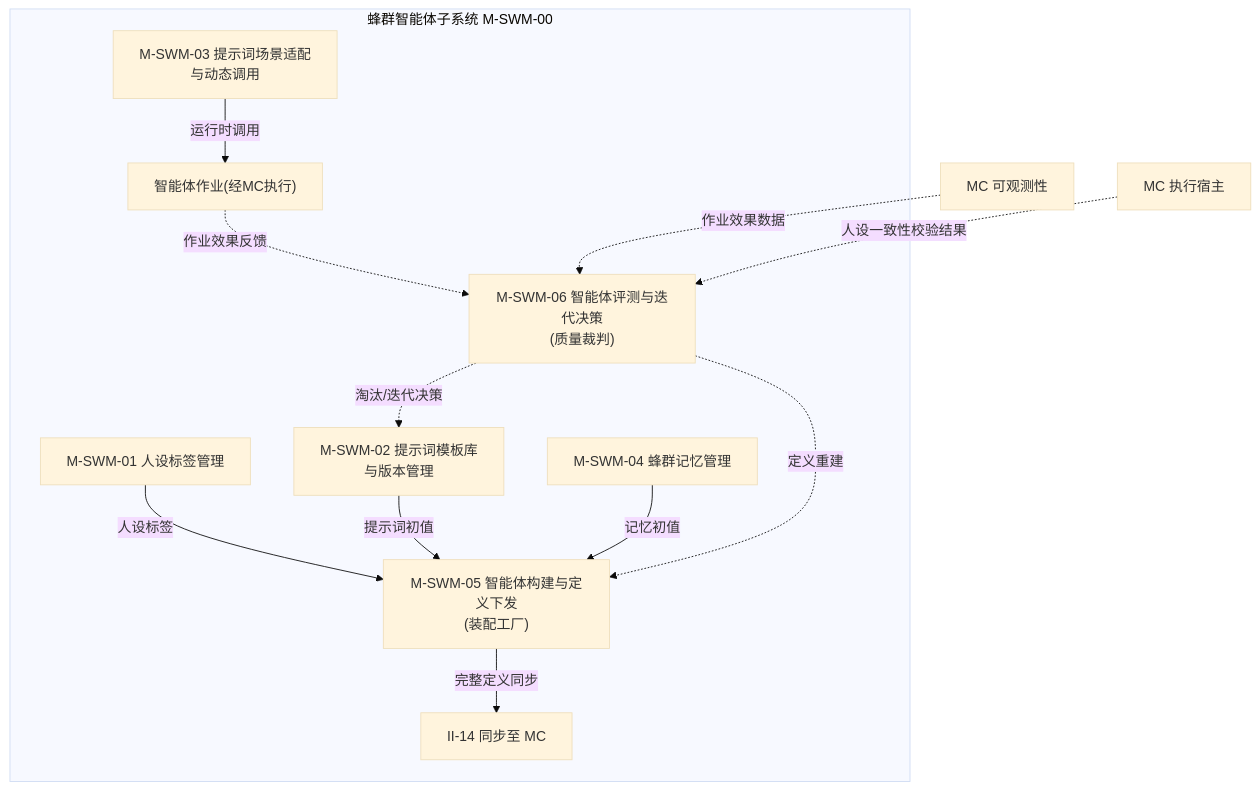
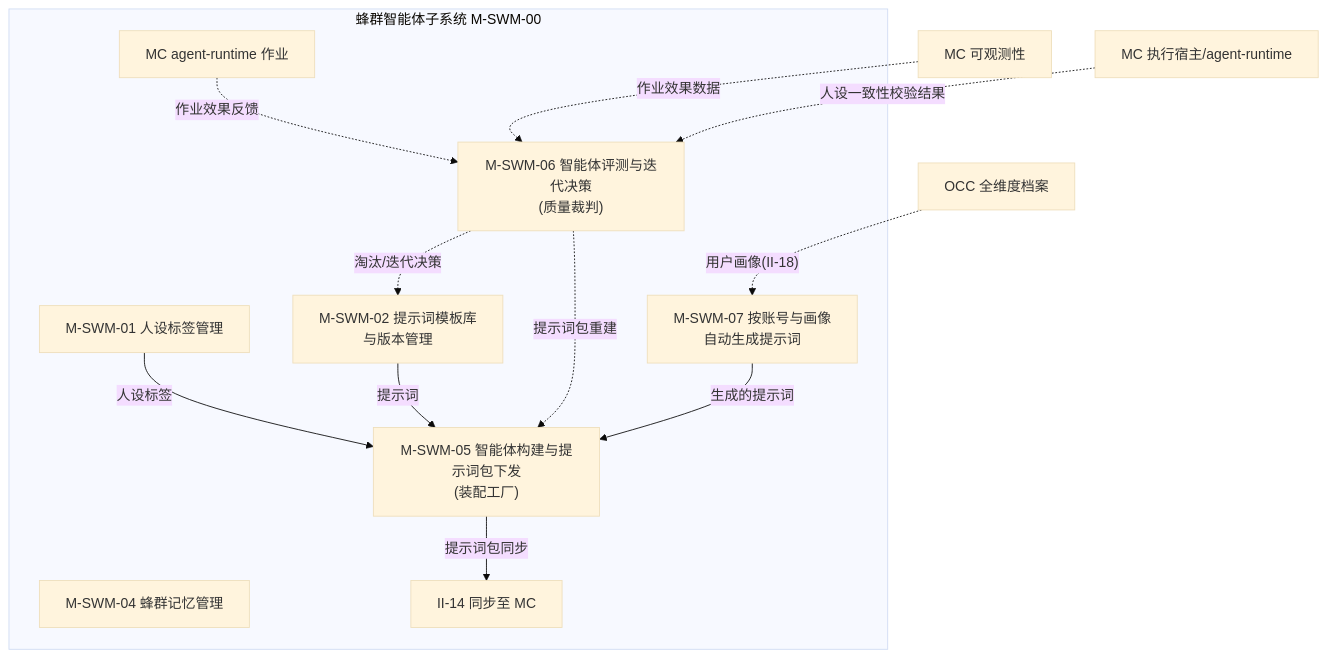
One commit to Sj-g/obsidian changed diagram 22 of 48 in 公司项目/认知作战/文档/软件概要设计-架构图.md. Above: the diagram before and after it, drawn with Mermaid (base theme). The commit also changed other lines of this file and 3 other files, not shown here.

````diff
--- a/公司项目/认知作战/文档/软件概要设计-架构图.md
+++ b/公司项目/认知作战/文档/软件概要设计-架构图.md
@@ -440,24 +441,24 @@
 ```mermaid
 flowchart TB
     subgraph SWM["蜂群智能体子系统 M-SWM-00"]
         SWM1["M-SWM-01 人设标签管理"]
         SWM2["M-SWM-02 提示词模板库<br/>与版本管理"]
-        SWM3["M-SWM-03 提示词场景适配<br/>与动态调用"]
         SWM4["M-SWM-04 蜂群记忆管理"]
-        SWM5["M-SWM-05 智能体构建与定义下发<br/>(装配工厂)"]
+        SWM5["M-SWM-05 智能体构建与提示词包下发<br/>(装配工厂)"]
         SWM6["M-SWM-06 智能体评测与迭代决策<br/>(质量裁判)"]
+        SWM7["M-SWM-07 按账号与画像<br/>自动生成提示词"]
 
         SWM1 -->|"人设标签"| SWM5
-        SWM2 -->|"提示词初值"| SWM5
-        SWM4 -->|"记忆初值"| SWM5
-        SWM5 -->|"完整定义同步"| SYNC["II-14 同步至 MC"]
-        SWM3 -->|"运行时调用"| JOB["智能体作业(经MC执行)"]
+        SWM2 -->|"提示词"| SWM5
+        SWM7 -->|"生成的提示词"| SWM5
+        SWM5 -->|"提示词包同步"| SYNC["II-14 同步至 MC"]
 
         SWM6 -.->|"淘汰/迭代决策"| SWM2
-        SWM6 -.->|"定义重建"| SWM5
-        JOB -.->|"作业效果反馈"| SWM6
+        SWM6 -.->|"提示词包重建"| SWM5
+        JOB["MC agent-runtime 作业"] -.->|"作业效果反馈"| SWM6
     end
 
     MC["MC 可观测性"] -.->|"作业效果数据"| SWM6
-    MC2["MC 执行宿主"] -.->|"人设一致性校验结果"| SWM6
+    MC2["MC 执行宿主/agent-runtime"] -.->|"人设一致性校验结果"| SWM6
+    OCC["OCC 全维度档案"] -.->|"用户画像(II-18)"| SWM7
 ```
````
